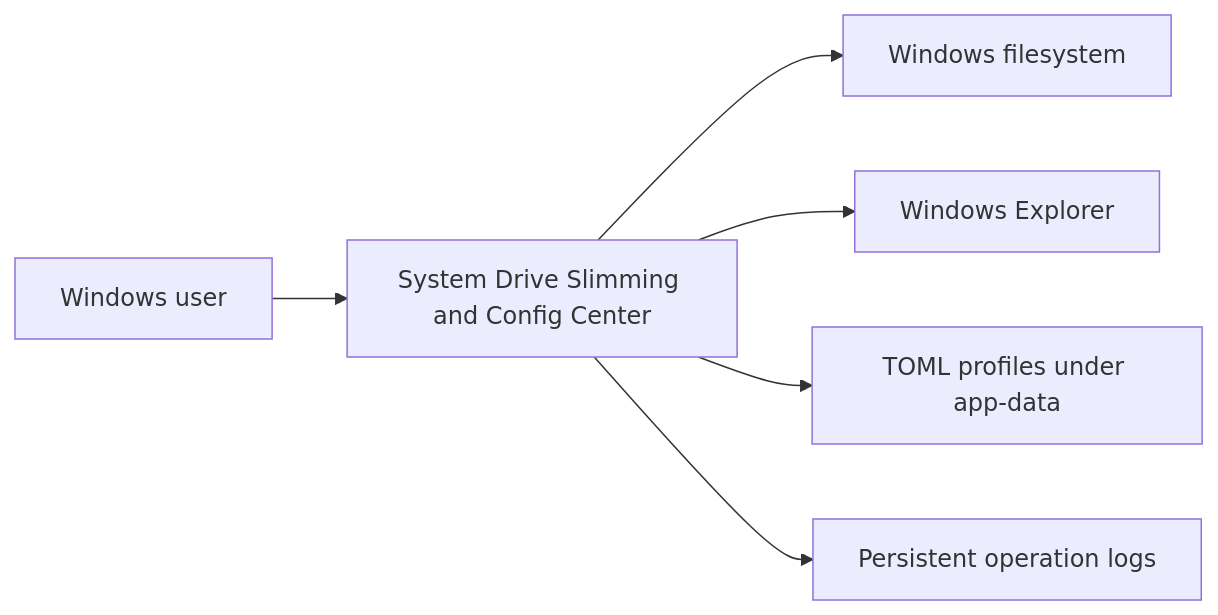
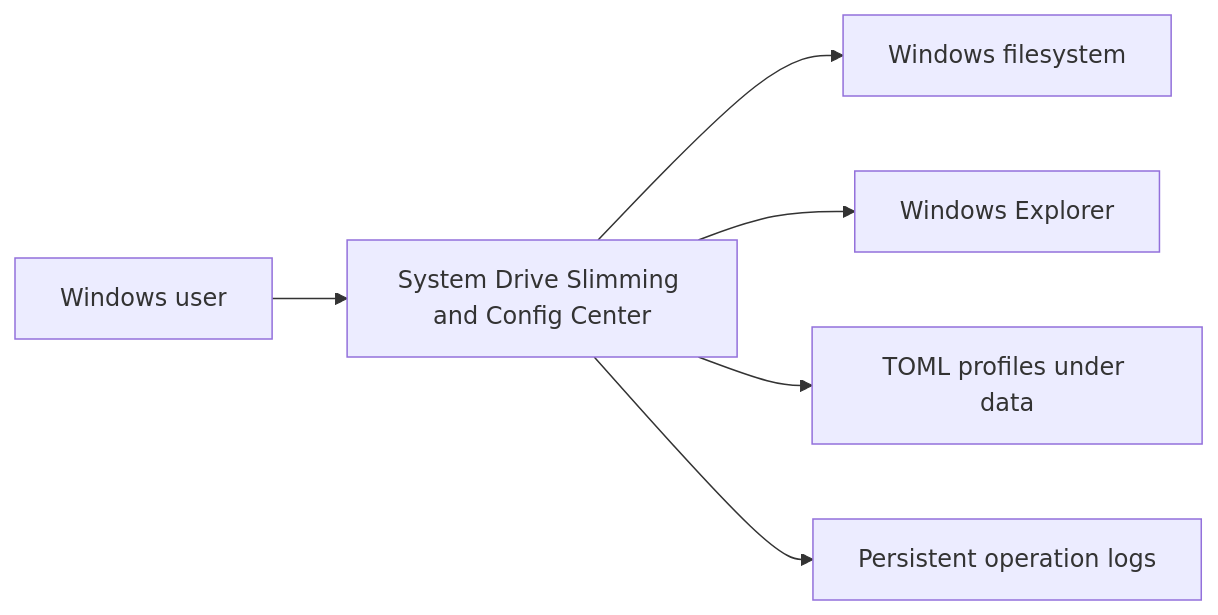
One commit to scil/symlink-center changed the first of 3 diagrams in docs/architecture.md. Above: the diagram before and after it, drawn with Mermaid. The commit also changed other lines of this file and 17 other files, not shown here.

Commit message:
refactor(config): rename app data directory to data

````diff
--- a/docs/architecture.md
+++ b/docs/architecture.md
@@ -68,8 +68,8 @@
 ```mermaid
 flowchart LR
   User["Windows user"] --> App["System Drive Slimming and Config Center"]
   App --> FS["Windows filesystem"]
   App --> Explorer["Windows Explorer"]
-  App --> Config["TOML profiles under app-data"]
+  App --> Config["TOML profiles under data"]
   App --> Logs["Persistent operation logs"]
 ```
````
